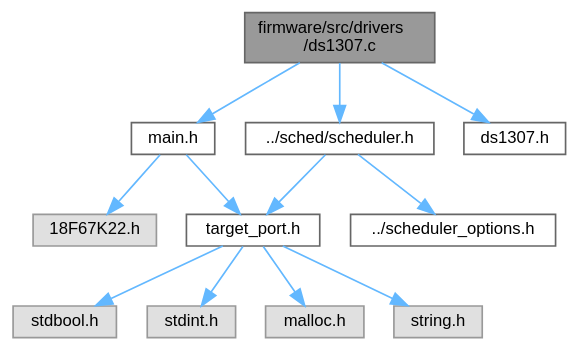
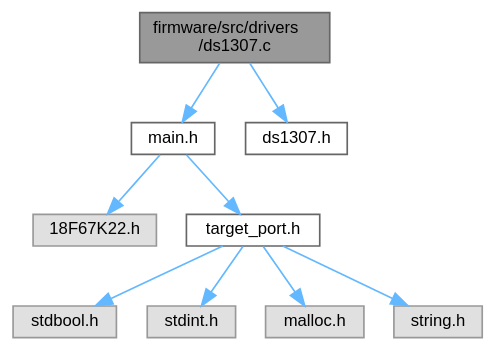
One commit to Ghaadyy/elevator-controller changed the diagram in dev/ds1307_8c__incl.dot. Above: the diagram before and after it, drawn with Graphviz. The commit also changed 90 other files, not shown here.

```diff
--- a/dev/ds1307_8c__incl.dot
+++ b/dev/ds1307_8c__incl.dot
@@ -1,29 +1,24 @@
 digraph "firmware/src/drivers/ds1307.c"
 {
  // LATEX_PDF_SIZE
   bgcolor="transparent";
   edge [fontname=Helvetica,fontsize=10,labelfontname=Helvetica,labelfontsize=10];
   node [fontname=Helvetica,fontsize=10,shape=box,height=0.2,width=0.4];
-  Node1 [id="Node000001",label="firmware/src/drivers\l/ds1307.c",height=0.2,width=0.4,color="gray40", fillcolor="grey60", style="filled", fontcolor="black",tooltip=" "];
+  Node1 [id="Node000001",label="firmware/src/drivers\l/ds1307.c",height=0.2,width=0.4,color="gray40", fillcolor="grey60", style="filled", fontcolor="black",tooltip="The DS1307 driver."];
   Node1 -> Node2 [id="edge1_Node000001_Node000002",color="steelblue1",style="solid",tooltip=" "];
   Node2 [id="Node000002",label="main.h",height=0.2,width=0.4,color="grey40", fillcolor="white", style="filled",URL="$main_8h.html",tooltip=" "];
   Node2 -> Node3 [id="edge2_Node000002_Node000003",color="steelblue1",style="solid",tooltip=" "];
   Node3 [id="Node000003",label="18F67K22.h",height=0.2,width=0.4,color="grey60", fillcolor="#E0E0E0", style="filled",tooltip=" "];
   Node2 -> Node4 [id="edge3_Node000002_Node000004",color="steelblue1",style="solid",tooltip=" "];
   Node4 [id="Node000004",label="target_port.h",height=0.2,width=0.4,color="grey40", fillcolor="white", style="filled",URL="$target__port_8h.html",tooltip=" "];
   Node4 -> Node5 [id="edge4_Node000004_Node000005",color="steelblue1",style="solid",tooltip=" "];
   Node5 [id="Node000005",label="stdbool.h",height=0.2,width=0.4,color="grey60", fillcolor="#E0E0E0", style="filled",tooltip=" "];
   Node4 -> Node6 [id="edge5_Node000004_Node000006",color="steelblue1",style="solid",tooltip=" "];
   Node6 [id="Node000006",label="stdint.h",height=0.2,width=0.4,color="grey60", fillcolor="#E0E0E0", style="filled",tooltip=" "];
   Node4 -> Node7 [id="edge6_Node000004_Node000007",color="steelblue1",style="solid",tooltip=" "];
   Node7 [id="Node000007",label="malloc.h",height=0.2,width=0.4,color="grey60", fillcolor="#E0E0E0", style="filled",tooltip=" "];
   Node4 -> Node8 [id="edge7_Node000004_Node000008",color="steelblue1",style="solid",tooltip=" "];
   Node8 [id="Node000008",label="string.h",height=0.2,width=0.4,color="grey60", fillcolor="#E0E0E0", style="filled",tooltip=" "];
   Node1 -> Node9 [id="edge8_Node000001_Node000009",color="steelblue1",style="solid",tooltip=" "];
-  Node9 [id="Node000009",label="../sched/scheduler.h",height=0.2,width=0.4,color="grey40", fillcolor="white", style="filled",URL="$scheduler_8h.html",tooltip=" "];
-  Node9 -> Node10 [id="edge9_Node000009_Node000010",color="steelblue1",style="solid",tooltip=" "];
-  Node10 [id="Node000010",label="../scheduler_options.h",height=0.2,width=0.4,color="grey40", fillcolor="white", style="filled",URL="$scheduler__options_8h.html",tooltip=" "];
-  Node9 -> Node4 [id="edge10_Node000009_Node000004",color="steelblue1",style="solid",tooltip=" "];
-  Node1 -> Node11 [id="edge11_Node000001_Node000011",color="steelblue1",style="solid",tooltip=" "];
-  Node11 [id="Node000011",label="ds1307.h",height=0.2,width=0.4,color="grey40", fillcolor="white", style="filled",URL="$ds1307_8h.html",tooltip=" "];
+  Node9 [id="Node000009",label="ds1307.h",height=0.2,width=0.4,color="grey40", fillcolor="white", style="filled",URL="$ds1307_8h.html",tooltip="The DS1307 driver."];
 }
```
